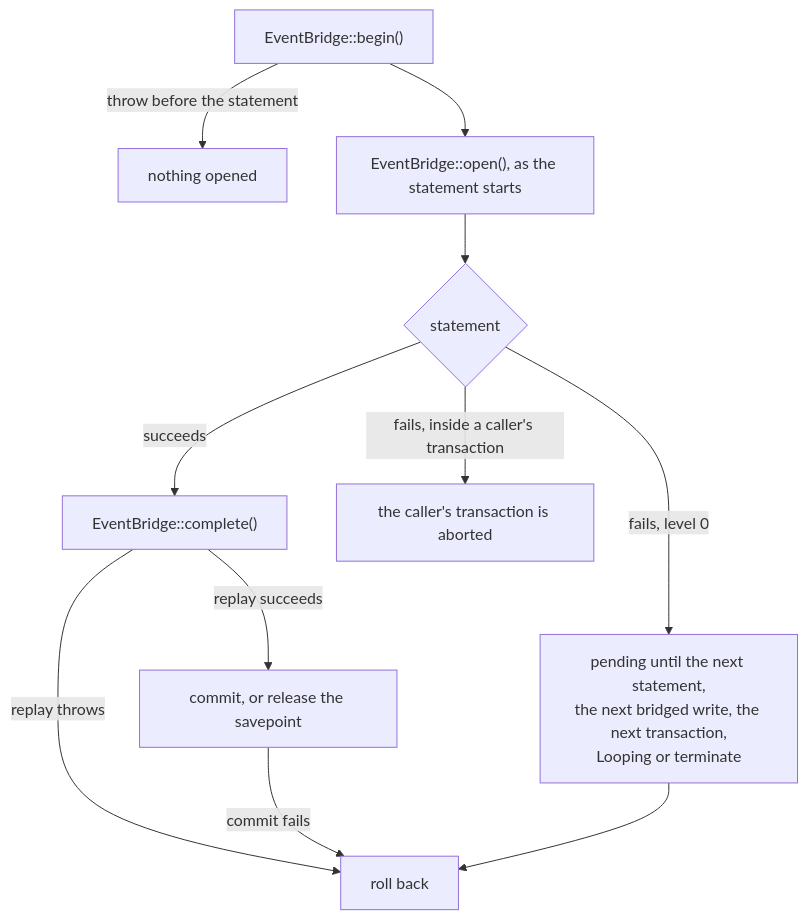
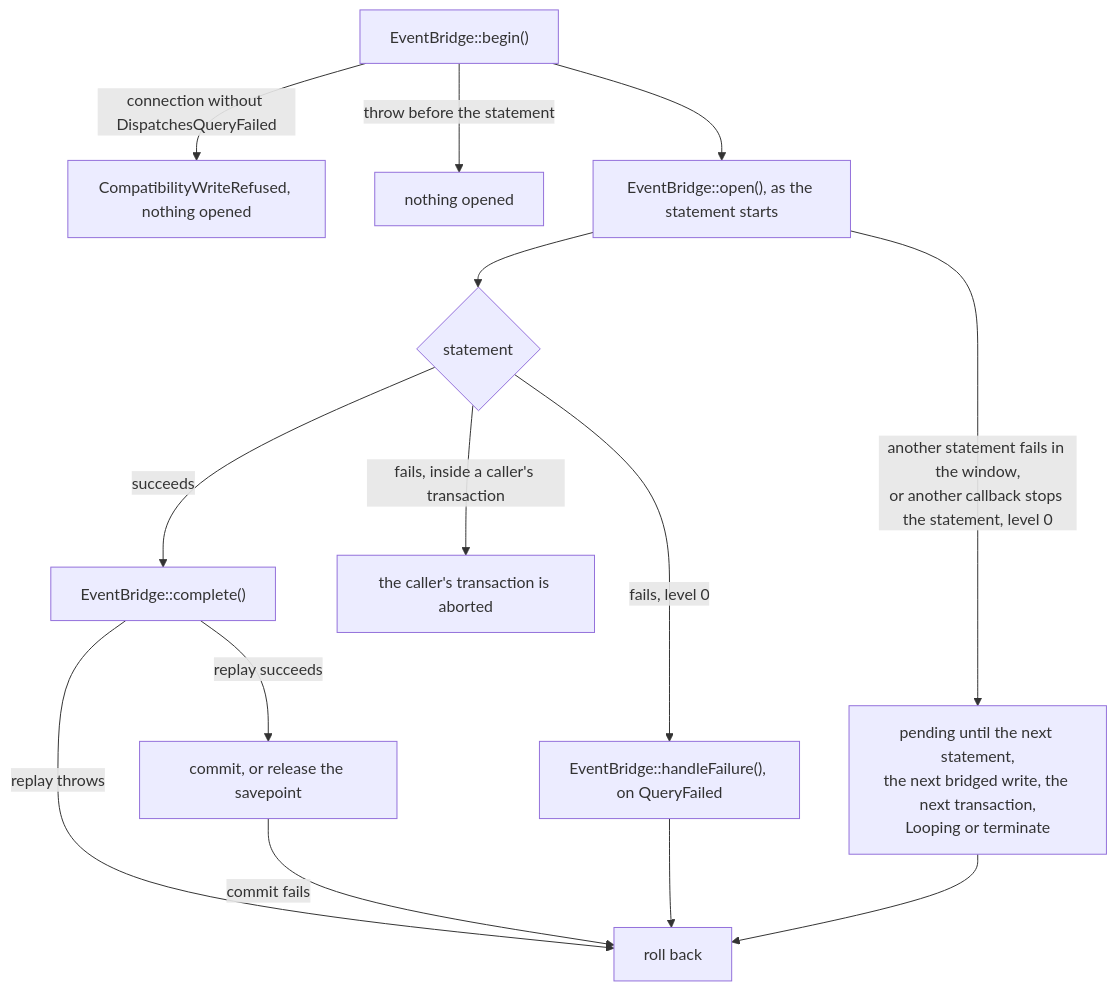
The diagram in docs/flows/failure-and-rollback.md (AryeoHQ/eloquent-compatibility), drawn with Mermaid before and after one commit. The commit also changed other lines of this file and 24 other files, not shown here.

First line of the commit message:
feat(connections): raise QueryFailed and require it for mirrored writes

````diff
--- a/docs/flows/failure-and-rollback.md
+++ b/docs/flows/failure-and-rollback.md
@@ -5,13 +5,16 @@
 ```mermaid
 flowchart TD
-  Begin["EventBridge::begin()"] -->|throw before the statement| Nothing["nothing opened"]
+  Begin["EventBridge::begin()"] -->|connection without DispatchesQueryFailed| Refused["CompatibilityWriteRefused, nothing opened"]
+  Begin -->|throw before the statement| Nothing["nothing opened"]
   Begin --> Open["EventBridge::open(), as the statement starts"]
   Open --> Statement{"statement"}
   Statement -->|succeeds| Complete["EventBridge::complete()"]
   Complete -->|replay succeeds| Commit["commit, or release the savepoint"]
   Complete -->|replay throws| Rollback["roll back"]
   Commit -->|commit fails| Rollback
-  Statement -->|fails, level 0| Pending["pending until the next statement,<br/>the next bridged write, the next transaction,<br/>Looping or terminate"]
+  Statement -->|fails, level 0| Failure["EventBridge::handleFailure(), on QueryFailed"]
+  Failure --> Rollback
+  Open -->|another statement fails in the window,<br/>or another callback stops the statement, level 0| Pending["pending until the next statement,<br/>the next bridged write, the next transaction,<br/>Looping or terminate"]
   Pending --> Rollback
   Statement -->|fails, inside a caller's transaction| Caller["the caller's transaction is aborted"]
 ```
````
